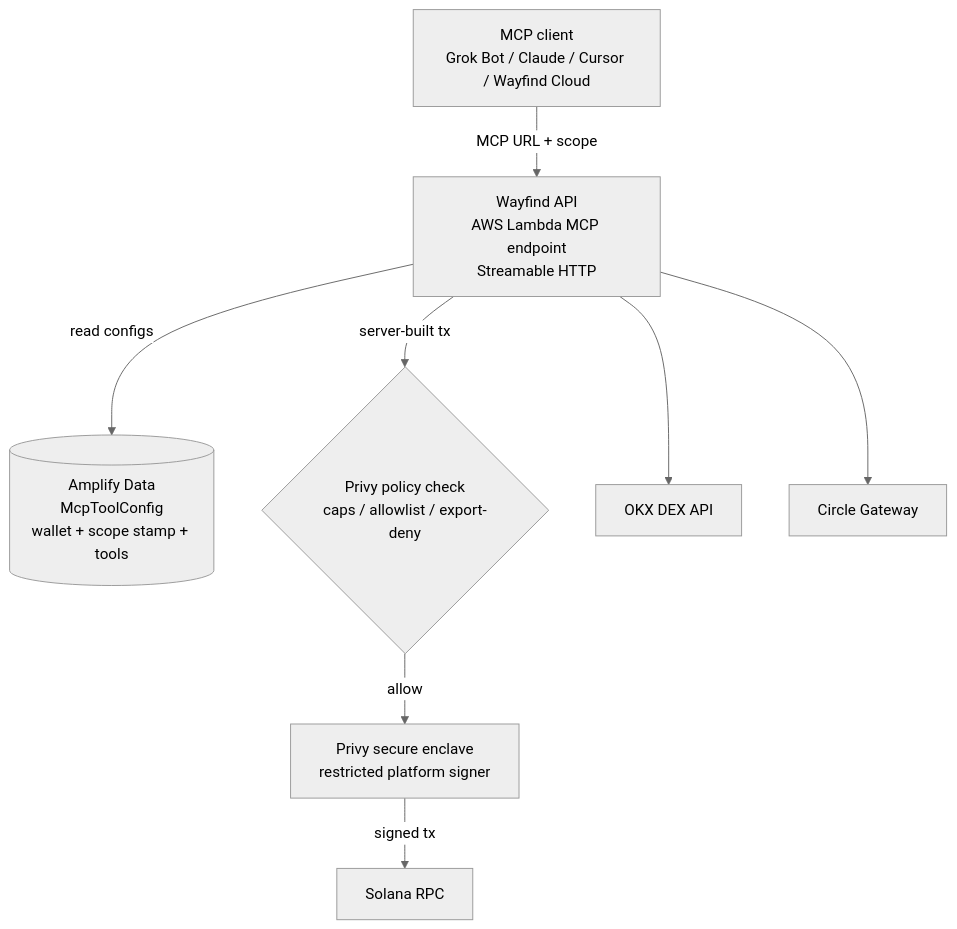
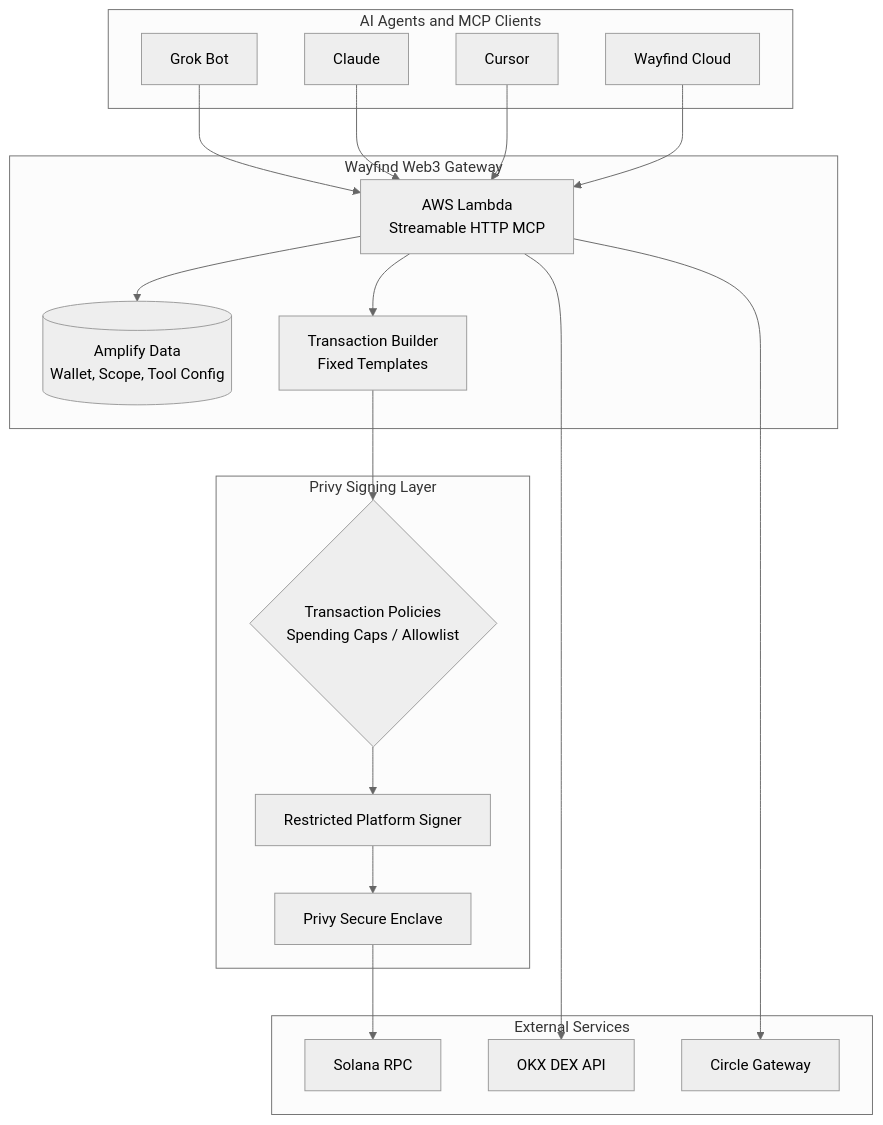
The diagram in README.md (tamago-labs/wayfind-web3-gateway), drawn with Mermaid (neutral theme) before and after one commit. The commit also changed other lines of this file, not shown here.

````diff
--- a/README.md
+++ b/README.md
@@ -65,19 +186,42 @@
 ```mermaid
 flowchart TB
-    CLIENT[MCP client<br/>Grok Bot / Claude / Cursor / Wayfind Cloud]
-    MCP[Wayfind API<br/>AWS Lambda MCP endpoint<br/>Streamable HTTP]
-    DATA[(Amplify Data<br/>McpToolConfig<br/>wallet + scope stamp + tools)]
-    POLICY{Privy policy check<br/>caps / allowlist / export-deny}
-    PRIVY[Privy secure enclave<br/>restricted platform signer]
-    SOL[Solana RPC]
-    OKX[OKX DEX API]
-    CIRCLE[Circle Gateway]
+    subgraph CLIENT["AI Agents and MCP Clients"]
+        GROK["Grok Bot"]
+        CLAUDE["Claude"]
+        CURSOR["Cursor"]
+        CLOUD["Wayfind Cloud"]
+    end
 
-    CLIENT -->|MCP URL + scope| MCP
-    MCP -->|read configs| DATA
-    MCP -->|server-built tx| POLICY
-    POLICY -->|allow| PRIVY
-    PRIVY -->|signed tx| SOL
+    subgraph WAYFIND["Wayfind Web3 Gateway"]
+        MCP["AWS Lambda<br/>Streamable HTTP MCP"]
+        CONFIG[("Amplify Data<br/>Wallet, Scope, Tool Config")]
+        BUILDER["Transaction Builder<br/>Fixed Templates"]
+    end
+
+    subgraph SECURITY["Privy Signing Layer"]
+        POLICY{"Transaction Policies<br/>Spending Caps / Allowlist"}
+        SIGNER["Restricted Platform Signer"]
+        ENCLAVE["Privy Secure Enclave"]
+    end
+
+    subgraph SERVICES["External Services"]
+        SOL["Solana RPC"]
+        OKX["OKX DEX API"]
+        CIRCLE["Circle Gateway"]
+    end
+
+    GROK --> MCP
+    CLAUDE --> MCP
+    CURSOR --> MCP
+    CLOUD --> MCP
+
+    MCP --> CONFIG
+    MCP --> BUILDER
+    BUILDER --> POLICY
+    POLICY --> SIGNER
+    SIGNER --> ENCLAVE
+    ENCLAVE --> SOL
+
     MCP --> OKX
     MCP --> CIRCLE
 ```
````
